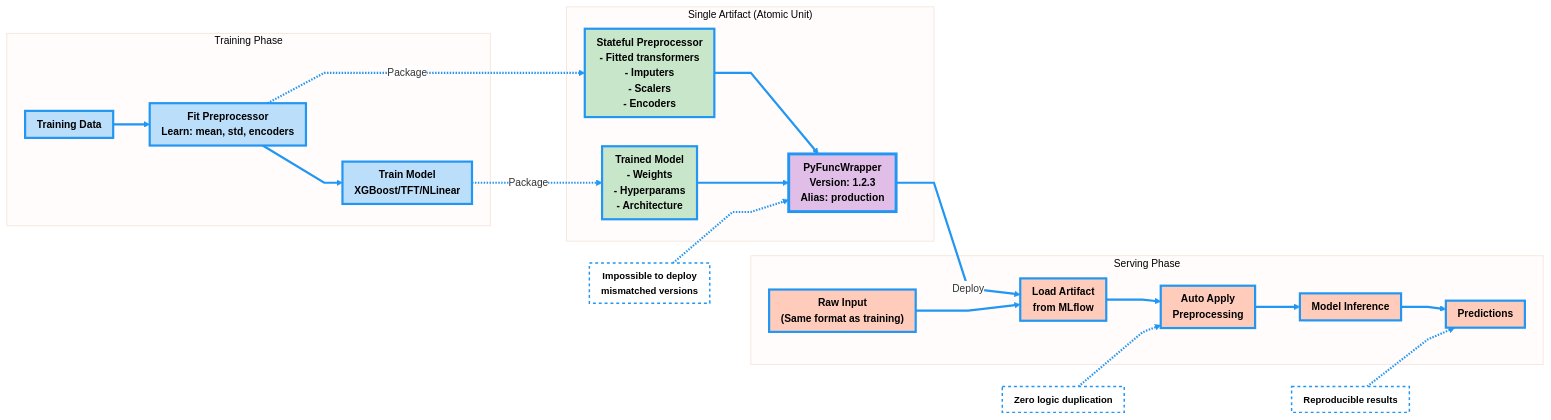
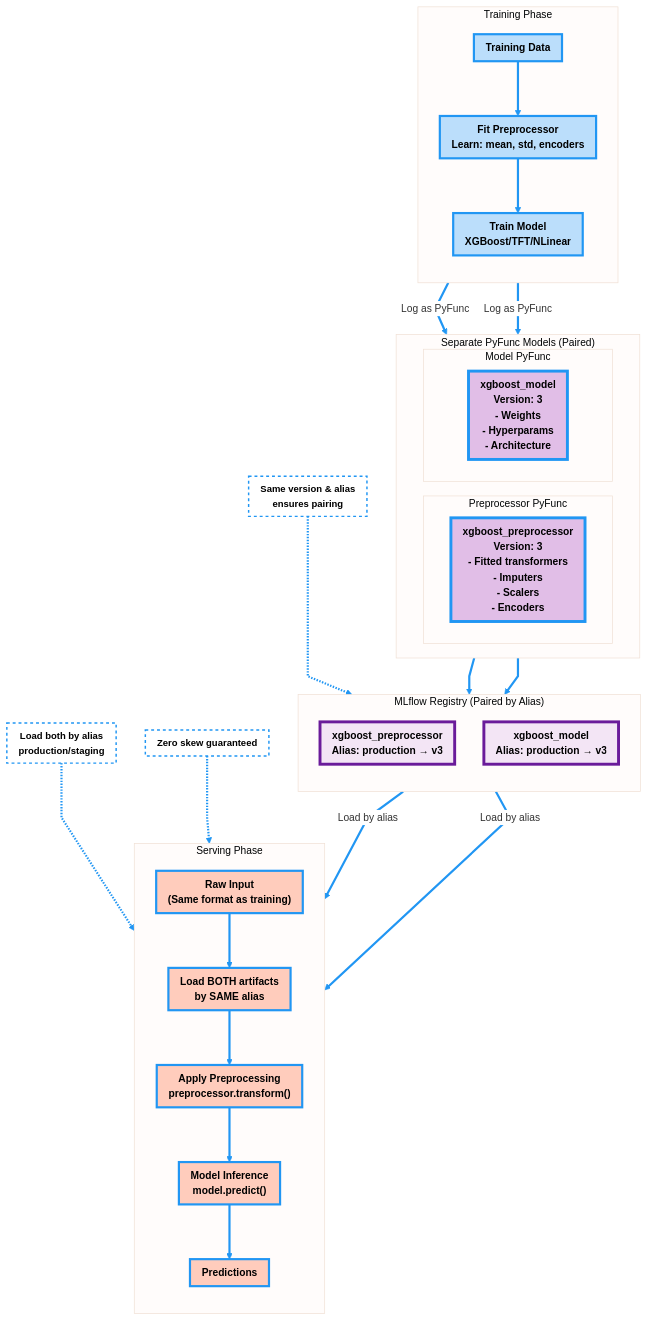
Before and after one commit to bambootran89/ml_pipeline_template: the second of 5 diagrams in docs/architecture.md, drawn with Mermaid. The commit also changed other lines of this file and 2 other files, not shown here.

```diff
--- a/docs/architecture.md
+++ b/docs/architecture.md
@@ -107,59 +107,75 @@
   }
 }}%%
 
-flowchart LR
+flowchart TB
     %% Stronger Styles
     classDef training fill:#bbdefb,stroke:#2196f3,stroke-width:3px,color:#000,font-weight:800
     classDef artifact fill:#e1bee7,stroke:#2196f3,stroke-width:4px,color:#000,font-weight:800
-    classDef component fill:#c8e6c9,stroke:#2196f3,stroke-width:3px,color:#000,font-weight:800
+    classDef registry fill:#f3e5f5,stroke:#6a1b9a,stroke-width:4px,color:#000,font-weight:800
     classDef serving fill:#ffccbc,stroke:#2196f3,stroke-width:3px,color:#000,font-weight:800
     classDef note fill:#ffffff,stroke:#2196f3,stroke-width:2px,color:#000,font-weight:600,font-size:13px,stroke-dasharray:4 4
 
     %% Training Phase
     subgraph Training["Training Phase"]
+        direction TB
         TrainData["Training Data"]:::training
         FitPreproc["Fit Preprocessor<br/>Learn: mean, std, encoders"]:::training
         TrainModel["Train Model<br/>XGBoost/TFT/NLinear"]:::training
     end
 
-    %% Artifact Package
-    subgraph ArtifactPackage["Single Artifact (Atomic Unit)"]
-        Preprocessor["Stateful Preprocessor<br/>- Fitted transformers<br/>- Imputers<br/>- Scalers<br/>- Encoders"]:::component
-        Model["Trained Model<br/>- Weights<br/>- Hyperparams<br/>- Architecture"]:::component
-        Wrapper["PyFuncWrapper<br/>Version: 1.2.3<br/>Alias: production"]:::artifact
+    %% Separate PyFunc Artifacts
+    subgraph Artifacts["Separate PyFunc Models (Paired)"]
+        direction LR
 
-        Preprocessor ==> Wrapper
-        Model ==> Wrapper
+        subgraph PrepArtifact["Preprocessor PyFunc"]
+            PrepModel["xgboost_preprocessor<br/>Version: 3<br/>- Fitted transformers<br/>- Imputers<br/>- Scalers<br/>- Encoders"]:::artifact
+        end
+
+        subgraph ModelArtifact["Model PyFunc"]
+            TrainedModel["xgboost_model<br/>Version: 3<br/>- Weights<br/>- Hyperparams<br/>- Architecture"]:::artifact
+        end
+    end
+
+    %% MLflow Registry
+    subgraph Registry["MLflow Registry (Paired by Alias)"]
+        direction TB
+        PrepReg["xgboost_preprocessor<br/>Alias: production → v3"]:::registry
+        ModelReg["xgboost_model<br/>Alias: production → v3"]:::registry
     end
 
     %% Serving Phase
     subgraph Serving["Serving Phase"]
+        direction TB
         RawInput["Raw Input<br/>(Same format as training)"]:::serving
-        LoadArtifact["Load Artifact<br/>from MLflow"]:::serving
-        AutoPreprocess["Auto Apply<br/>Preprocessing"]:::serving
-        Inference["Model Inference"]:::serving
+        LoadBoth["Load BOTH artifacts<br/>by SAME alias"]:::serving
+        ApplyPrep["Apply Preprocessing<br/>preprocessor.transform()"]:::serving
+        Inference["Model Inference<br/>model.predict()"]:::serving
         Output["Predictions"]:::serving
     end
 
     %% Flow
     TrainData ==> FitPreproc
     FitPreproc ==> TrainModel
-    FitPreproc -.->|Package| Preprocessor
-    TrainModel -.->|Package| Model
 
-    Wrapper ==> |Deploy| LoadArtifact
-    RawInput ==> LoadArtifact
-    LoadArtifact ==> AutoPreprocess
-    AutoPreprocess ==> Inference
+    FitPreproc ==>|"Log as PyFunc"| PrepModel
+    TrainModel ==>|"Log as PyFunc"| TrainedModel
+
+    PrepModel ==> PrepReg
+    TrainedModel ==> ModelReg
+
+    PrepReg & ModelReg ==>|"Load by alias"| LoadBoth
+    RawInput ==> LoadBoth
+    LoadBoth ==> ApplyPrep
+    ApplyPrep ==> Inference
     Inference ==> Output
 
     %% Notes
-    Note1["Impossible to deploy<br/>mismatched versions"]:::note
-    Note2["Zero logic duplication"]:::note
-    Note3["Reproducible results"]:::note
+    Note1["Same version & alias<br/>ensures pairing"]:::note
+    Note2["Load both by alias<br/>production/staging"]:::note
+    Note3["Zero skew guaranteed"]:::note
 
-    Note1 -.-> Wrapper
-    Note2 -.-> AutoPreprocess
+    Note1 -.-> Registry
+    Note2 -.-> LoadBoth
     Note3 -.-> Output
 
     %% Global link emphasis
```
